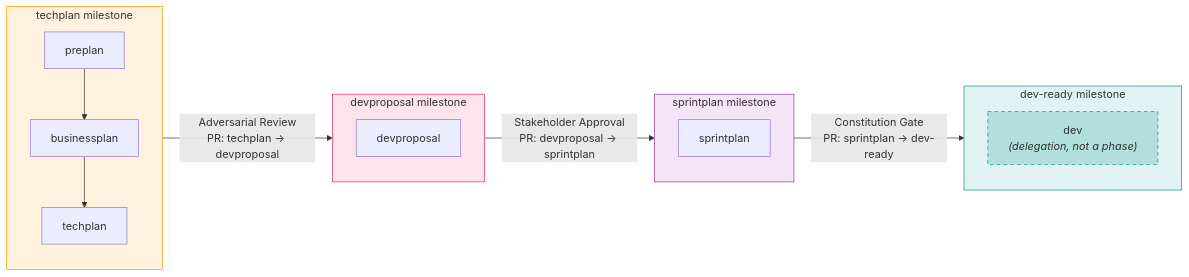
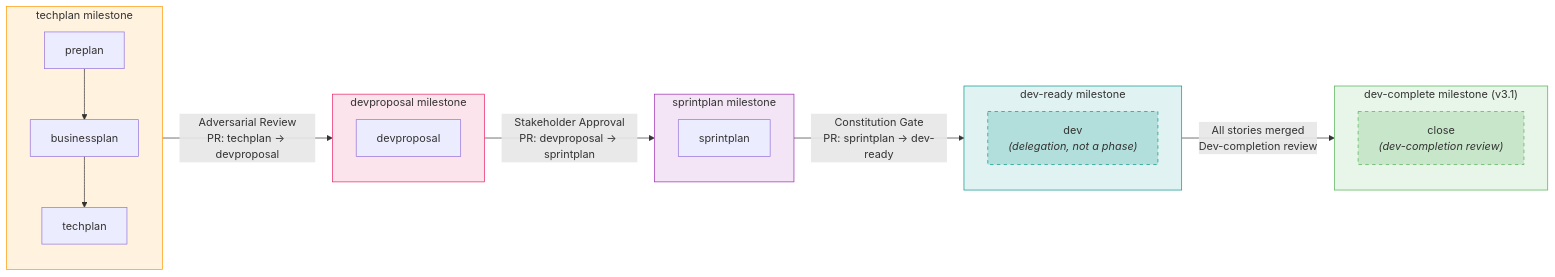
One commit to crisweber2600/bmad.lens.src changed the third of 14 diagrams in _bmad/lens-work/docs/lifecycle-visual-guide.md. Above: the diagram before and after it, drawn with Mermaid. The commit also changed other lines of this file and 19 other files, not shown here.

````diff
--- a/_bmad/lens-work/docs/lifecycle-visual-guide.md
+++ b/_bmad/lens-work/docs/lifecycle-visual-guide.md
@@ -118,32 +126,39 @@
 ```mermaid
 flowchart LR
     subgraph MS1["techplan milestone"]
         direction TB
         P1["preplan"]
         P2["businessplan"]
         P3["techplan"]
         P1 --> P2 --> P3
     end
 
     subgraph MS2["devproposal milestone"]
         P4["devproposal"]
     end
 
     subgraph MS3["sprintplan milestone"]
         P5["sprintplan"]
     end
 
     subgraph MS4["dev-ready milestone"]
         P6["dev<br/><i>(delegation, not a phase)</i>"]
     end
 
+    subgraph MS5["dev-complete milestone (v3.1)"]
+        P7["close<br/><i>(dev-completion review)</i>"]
+    end
+
     MS1 -->|"Adversarial Review<br/>PR: techplan → devproposal"| MS2
     MS2 -->|"Stakeholder Approval<br/>PR: devproposal → sprintplan"| MS3
     MS3 -->|"Constitution Gate<br/>PR: sprintplan → dev-ready"| MS4
+    MS4 -->|"All stories merged<br/>Dev-completion review"| MS5
 
     style MS1 fill:#fff3e0,stroke:#ff9800
     style MS2 fill:#fce4ec,stroke:#e91e63
     style MS3 fill:#f3e5f5,stroke:#9c27b0
     style MS4 fill:#e0f2f1,stroke:#009688
+    style MS5 fill:#e8f5e9,stroke:#4caf50
     style P6 fill:#b2dfdb,stroke:#009688,stroke-dasharray: 5 5
+    style P7 fill:#c8e6c9,stroke:#4caf50,stroke-dasharray: 5 5
 ```
````
